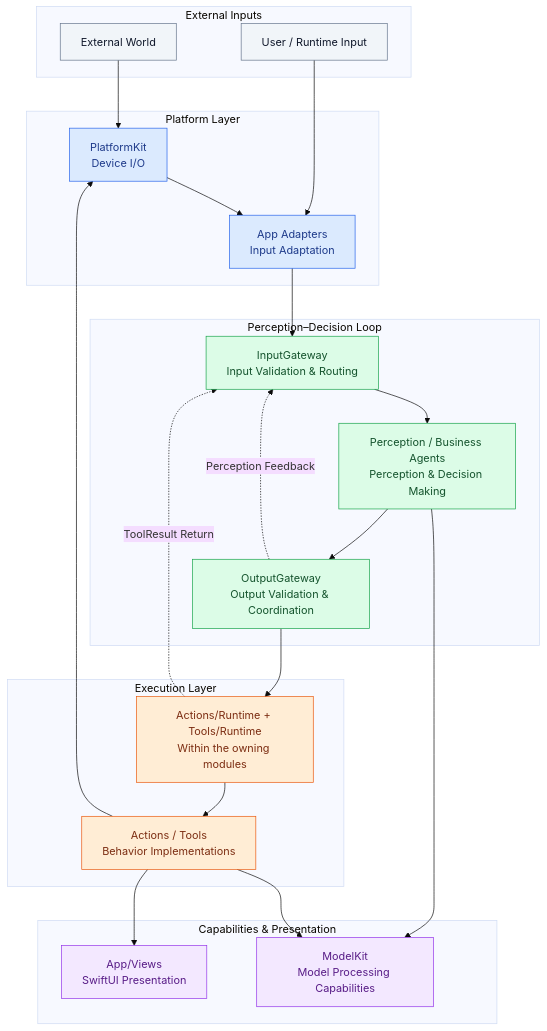
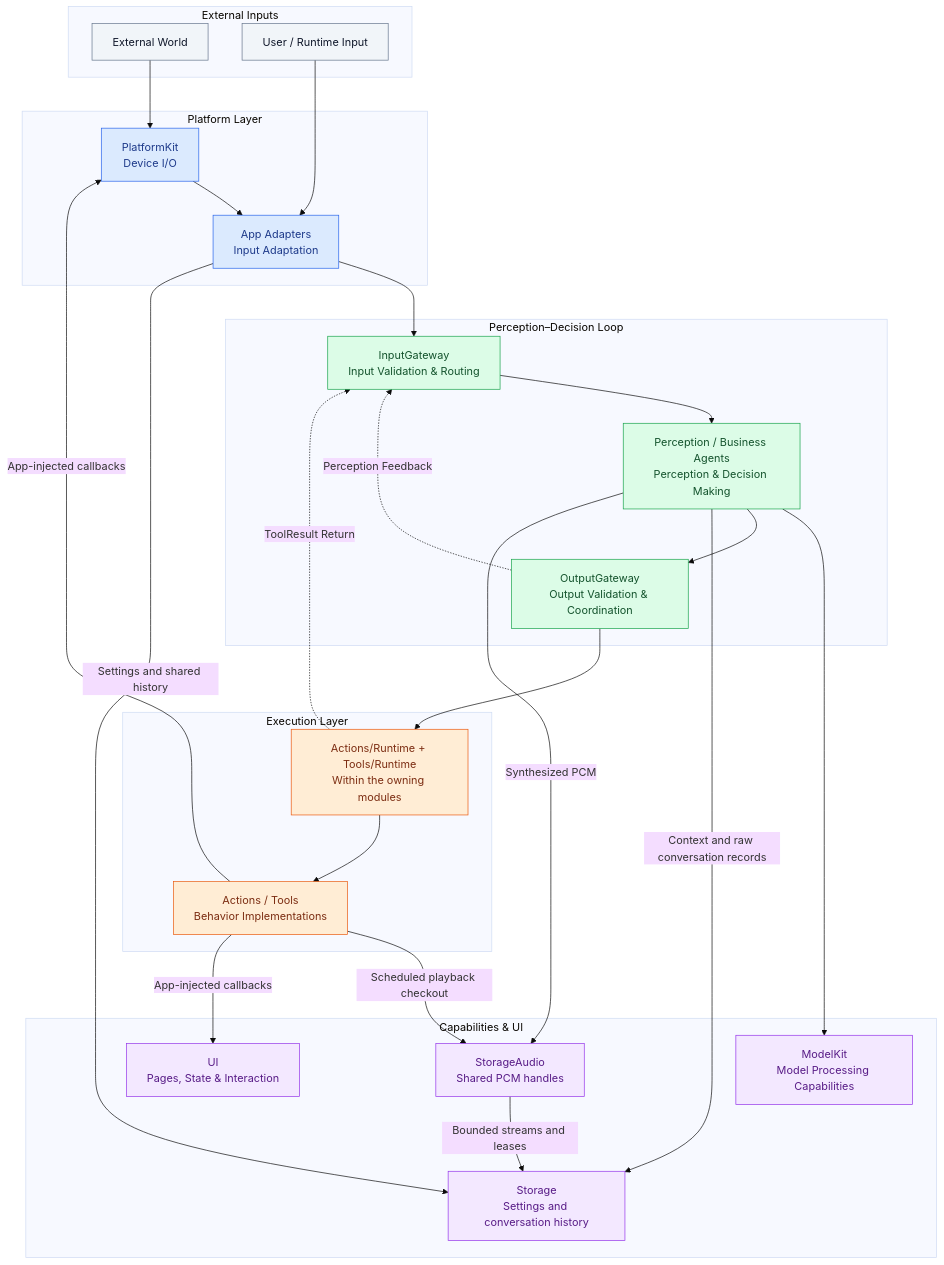
Before and after one commit to devilyouwei/MobileHarness: the first of 6 diagrams in MobileHarness/README.md, drawn with Mermaid (base theme). The commit also changed other lines of this file and 131 other files, not shown here.

````diff
--- a/MobileHarness/README.md
+++ b/MobileHarness/README.md
@@ -34,54 +34,60 @@
 ```mermaid
 flowchart TB
     subgraph ExternalLayer["External Inputs"]
         World["External World"]
         User["User / Runtime Input"]
     end
 
     subgraph PlatformLayer["Platform Layer"]
         Platform["PlatformKit<br/>Device I/O"]
         App["App Adapters<br/>Input Adaptation"]
     end
 
     subgraph CoreLayer["Perception–Decision Loop"]
         Input["InputGateway<br/>Input Validation & Routing"]
         Agents["Perception / Business Agents<br/>Perception & Decision Making"]
         Output["OutputGateway<br/>Output Validation & Coordination"]
     end
 
     subgraph ExecutionLayer["Execution Layer"]
         Runtime["Actions/Runtime + Tools/Runtime<br/>Within the owning modules"]
         Functions["Actions / Tools<br/>Behavior Implementations"]
     end
 
-    subgraph CapabilityLayer["Capabilities & Presentation"]
+    subgraph CapabilityLayer["Capabilities & UI"]
         Models["ModelKit<br/>Model Processing Capabilities"]
-        UI["App/Views<br/>SwiftUI Presentation"]
+        Storage["Storage<br/>Settings and conversation history"]
+        Audio["StorageAudio<br/>Shared PCM handles"]
+        UI["UI<br/>Pages, State & Interaction"]
     end
 
     World --> Platform
     Platform --> App
     User --> App
     App --> Input
     Input --> Agents
     Agents --> Models
     Agents --> Output
     Output -.->|Perception Feedback| Input
     Output --> Runtime
     Runtime --> Functions
-    Functions --> Models
-    Functions --> Platform
-    Functions --> UI
+    App -->|Settings and shared history| Storage
+    Agents -->|Context and raw conversation records| Storage
+    Agents -->|Synthesized PCM| Audio
+    Functions -->|Scheduled playback checkout| Audio
+    Audio -->|Bounded streams and leases| Storage
+    Functions -->|App-injected callbacks| Platform
+    Functions -->|App-injected callbacks| UI
     Runtime -.->|ToolResult Return| Input
 
     classDef external fill:#F1F5F9,stroke:#64748B,color:#0F172A
     classDef platform fill:#DBEAFE,stroke:#2563EB,color:#1E3A8A
     classDef core fill:#DCFCE7,stroke:#16A34A,color:#14532D
     classDef execution fill:#FFEDD5,stroke:#EA580C,color:#7C2D12
     classDef capability fill:#F3E8FF,stroke:#9333EA,color:#581C87
     class World,User external
     class Platform,App platform
     class Input,Agents,Output core
     class Runtime,Functions execution
-    class Models,UI capability
+    class Models,Storage,Audio,UI capability
 ```
````
